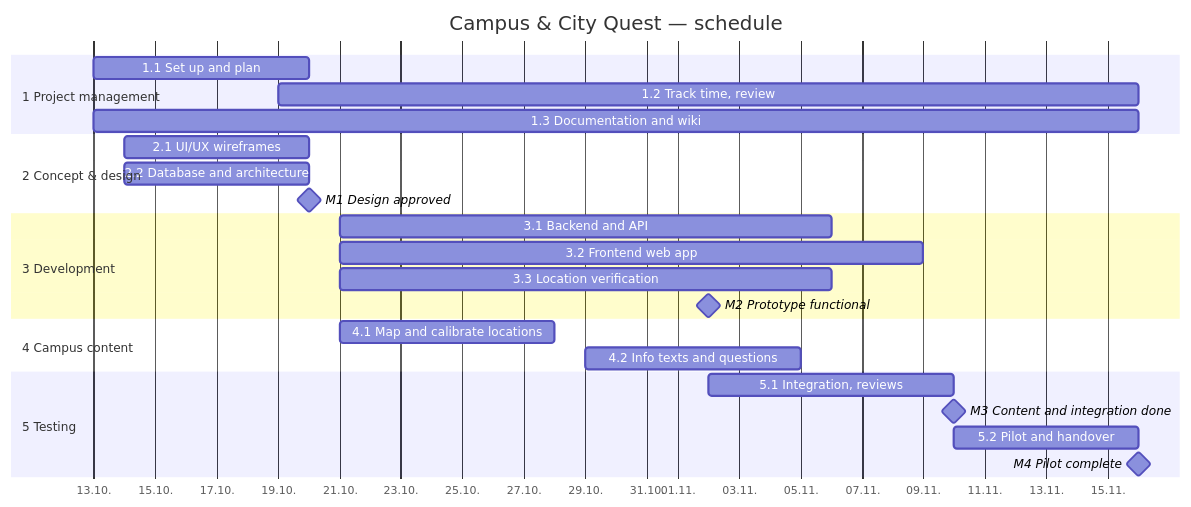
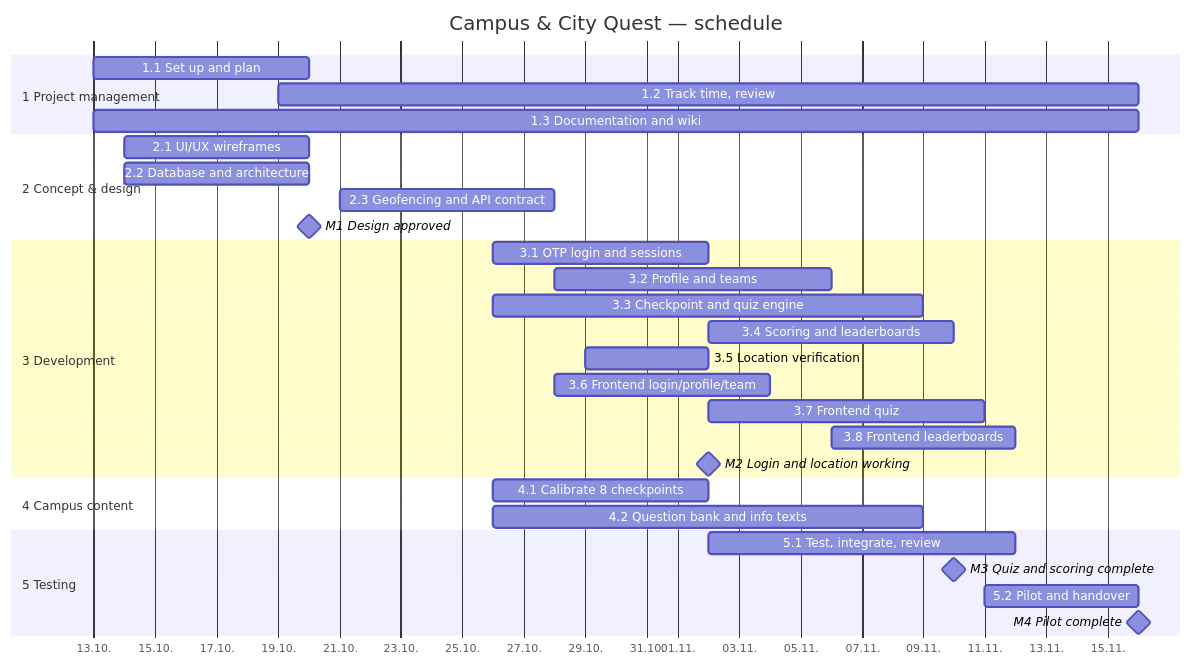
The first of 2 diagrams in docs/project_handbook.md (CZPS-ds3/CampusGo), drawn with Mermaid before and after one commit. The commit also changed other lines of this file and 15 other files, not shown here.

````diff
--- a/docs/project_handbook.md
+++ b/docs/project_handbook.md
@@ -195,27 +172,33 @@
 ```mermaid
 gantt
     title Campus & City Quest — schedule
     dateFormat  YYYY-MM-DD
     axisFormat  %d.%m.
     section 1 Project management
     1.1 Set up and plan             :a11, 2026-10-13, 7d
     1.2 Track time, review          :a12, 2026-10-19, 2026-11-16
     1.3 Documentation and wiki      :a13, 2026-10-13, 2026-11-16
     section 2 Concept & design
     2.1 UI/UX wireframes            :a21, 2026-10-14, 2026-10-20
     2.2 Database and architecture   :a22, 2026-10-14, 2026-10-20
+    2.3 Geofencing and API contract :a23, 2026-10-21, 2026-10-28
     M1 Design approved              :milestone, m1, 2026-10-20, 0d
     section 3 Development
-    3.1 Backend and API             :a31, 2026-10-21, 2026-11-06
-    3.2 Frontend web app            :a32, 2026-10-21, 2026-11-09
-    3.3 Location verification       :a33, 2026-10-21, 2026-11-06
-    M2 Prototype functional         :milestone, m2, 2026-11-02, 0d
+    3.1 OTP login and sessions      :a31, 2026-10-26, 2026-11-02
+    3.2 Profile and teams           :a32, 2026-10-28, 2026-11-06
+    3.3 Checkpoint and quiz engine  :a33, 2026-10-26, 2026-11-09
+    3.4 Scoring and leaderboards    :a34, 2026-11-02, 2026-11-10
+    3.5 Location verification       :a35, 2026-10-29, 2026-11-02
+    3.6 Frontend login/profile/team :a36, 2026-10-28, 2026-11-04
+    3.7 Frontend quiz               :a37, 2026-11-02, 2026-11-11
+    3.8 Frontend leaderboards       :a38, 2026-11-06, 2026-11-12
+    M2 Login and location working   :milestone, m2, 2026-11-02, 0d
     section 4 Campus content
-    4.1 Map and calibrate locations :a41, 2026-10-21, 2026-10-28
-    4.2 Info texts and questions    :a42, 2026-10-29, 2026-11-05
+    4.1 Calibrate 8 checkpoints     :a41, 2026-10-26, 2026-11-02
+    4.2 Question bank and info texts:a42, 2026-10-26, 2026-11-09
     section 5 Testing
-    5.1 Integration, reviews        :a51, 2026-11-02, 2026-11-10
-    M3 Content and integration done :milestone, m3, 2026-11-10, 0d
-    5.2 Pilot and handover          :a52, 2026-11-10, 2026-11-16
+    5.1 Test, integrate, review     :a51, 2026-11-02, 2026-11-12
+    M3 Quiz and scoring complete    :milestone, m3, 2026-11-10, 0d
+    5.2 Pilot and handover          :a52, 2026-11-11, 2026-11-16
     M4 Pilot complete               :milestone, m4, 2026-11-16, 0d
 ```
````
